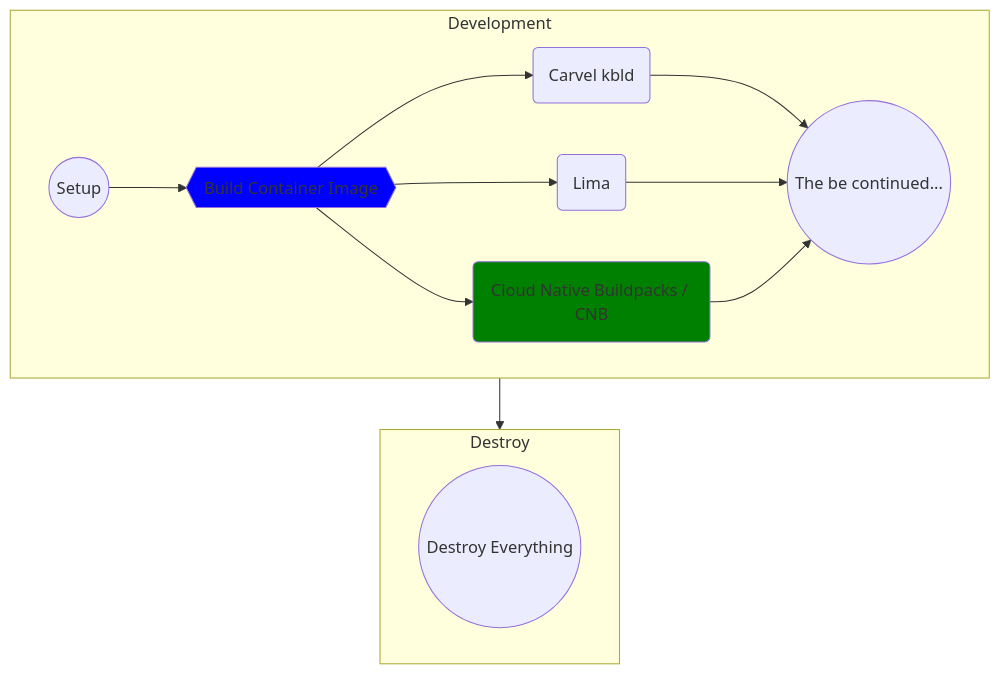
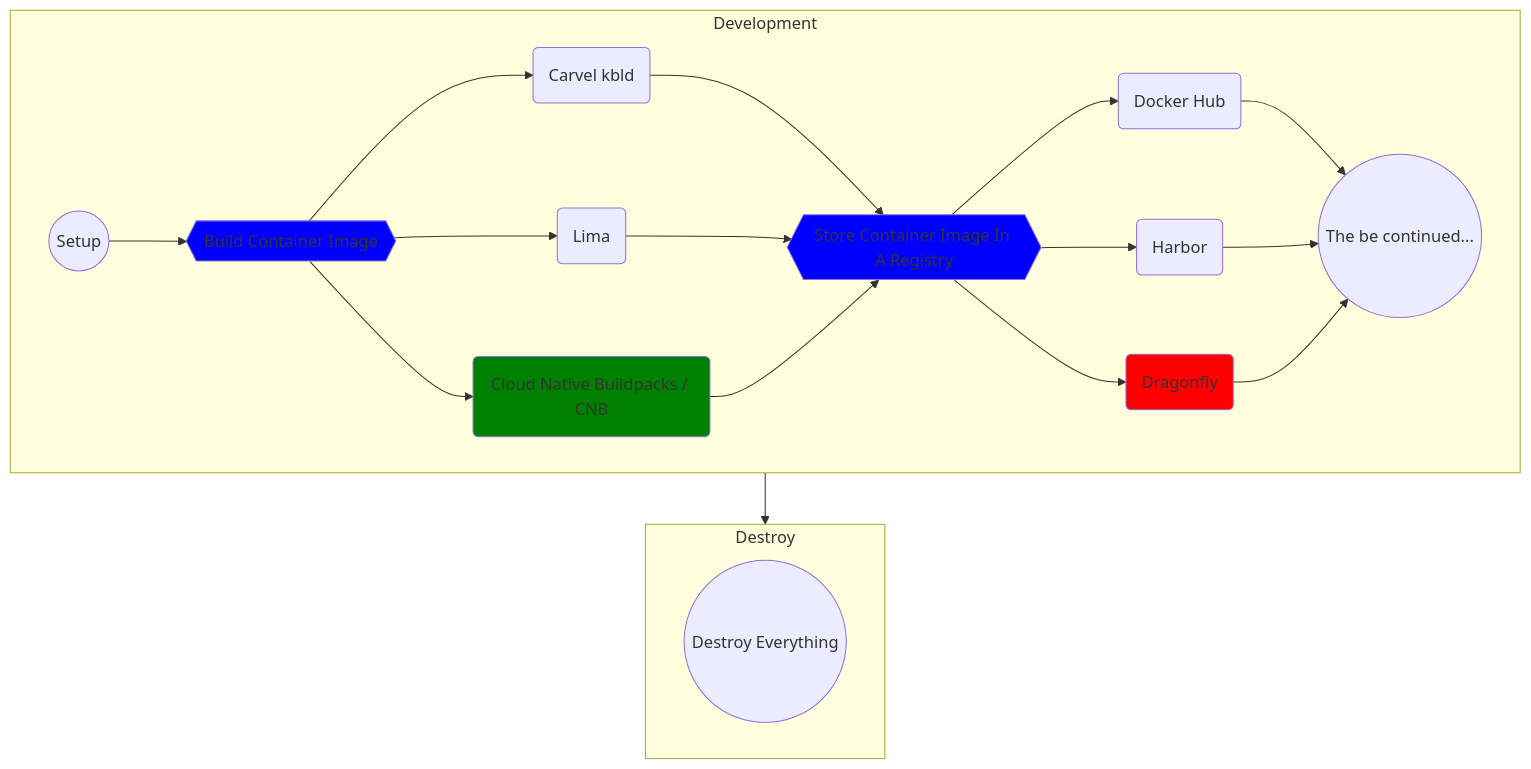
Before and after one commit to vfarcic/cncf-demo: the second of 2 diagrams in README.md, drawn with Mermaid.

````diff
--- a/README.md
+++ b/README.md
@@ -38,44 +38,59 @@
 ```mermaid
 flowchart TD
 
     subgraph Development
 
         %% -----------
         %% -- Setup --
         %% -----------
         setup-dev((Setup))
         click setup-dev "https://github.com/vfarcic/cncf-demo/blob/main/manuscript/setup/dev.md"
 
         %% -- Setup Connections --
         setup-dev-->bci
 
         %% ---------------------------
         %% -- Build Container Image --
         %% ---------------------------
         bci{{Build Container Image}}
         click bci "https://github.com/vfarcic/cncf-demo/blob/main/manuscript/build-container-image/README.md"
         style bci fill:blue
         bci-kbld(Carvel kbld)
         click bci-kbld "https://github.com/vfarcic/cncf-demo/blob/main/manuscript/build-container-image/kbld.md"
         bci-lima(Lima)
         click bci-lima "https://github.com/vfarcic/cncf-demo/blob/main/manuscript/build-container-image/lima.md"
         bci-buildpacks(Cloud Native Buildpacks / CNB)
         style bci-buildpacks fill:green
         click bci-buildpacks "https://github.com/vfarcic/cncf-demo/blob/main/manuscript/build-container-image/buildpacks.md"
 
         %% -- Build Container Image Connections --
-        bci --> bci-kbld & bci-lima & bci-buildpacks --> continue
+        bci --> bci-kbld & bci-lima & bci-buildpacks --> registry
+
+        %% -----------------------------------------
+        %% -- Store Container Image in a Registry --
+        %% -----------------------------------------
+        registry{{Store Container Image In A Registry}}
+        click registry "https://github.com/vfarcic/cncf-demo/blob/main/manuscript/registry/README.md"
+        style registry fill:blue
+        registry-docker-hub(Docker Hub)
+        click registry-docker-hub "https://github.com/vfarcic/cncf-demo/blob/main/manuscript/registry/docker-hub.md"
+        registry-harbor(Harbor)
+        click registry-harbor "https://github.com/vfarcic/cncf-demo/blob/main/manuscript/registry/harbor.md"
+        registry-dragonfly(Dragonfly)
+        click registry-dragonfly "https://github.com/vfarcic/cncf-demo/blob/main/manuscript/registry/dragonfly.md"
+        style registry-dragonfly fill:red
+        registry --> registry-docker-hub & registry-harbor & registry-dragonfly --> continue
 
         continue((The be continued...))
 
     end
 
     Development-->Destroy
 
     subgraph Destroy
 
         destroy((Destroy Everything))
         click destroy "https://github.com/vfarcic/cncf-demo/blob/main/manuscript/destroy.md"
 
     end
 ```
````
